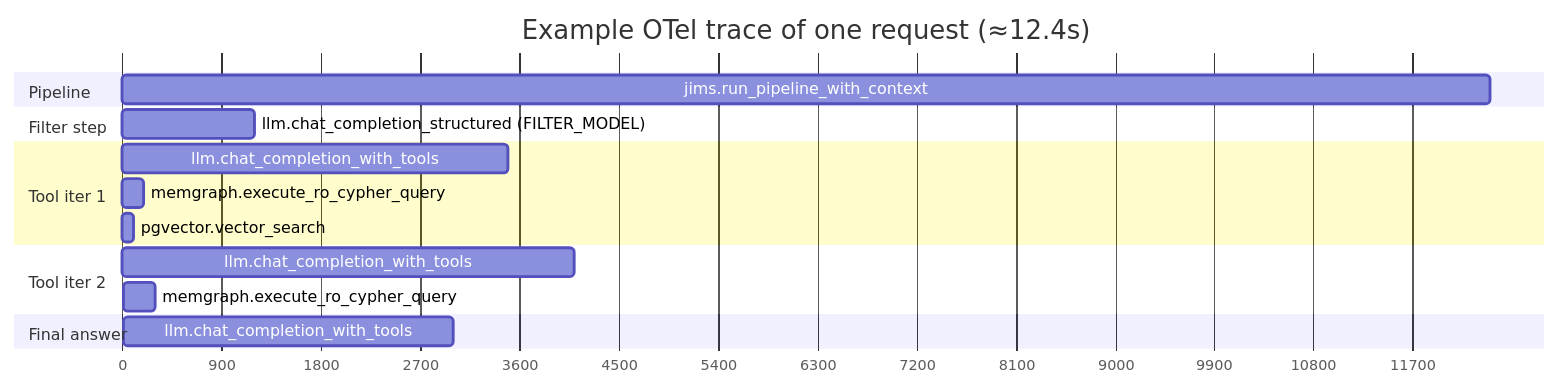
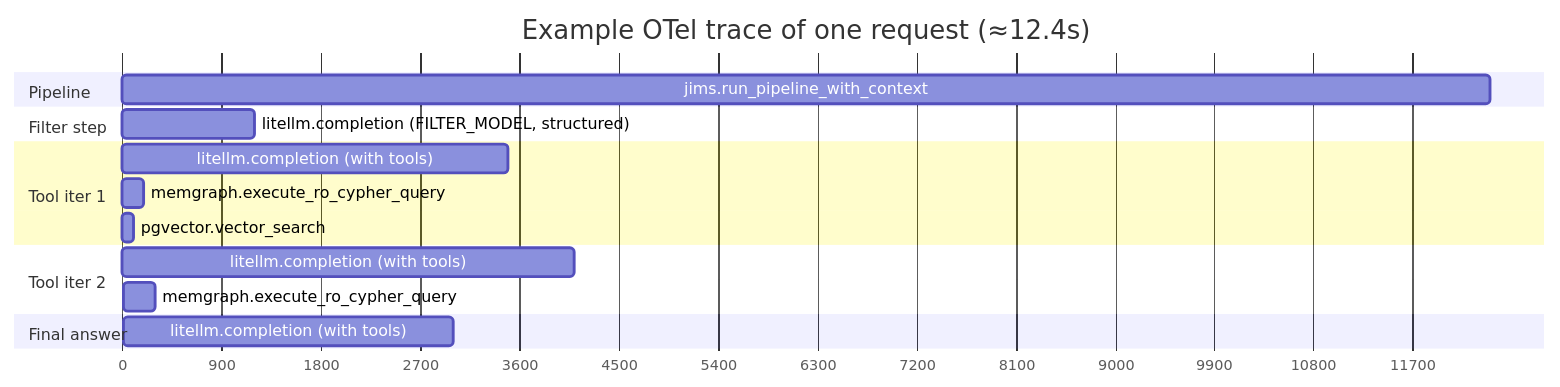
Before and after one commit to epoch8/vedana.tech: the diagram in src/content/docs/architecture/observability.md, drawn with Mermaid. The commit also changed other lines of this file and 36 other files, not shown here.

````diff
--- a/src/content/docs/architecture/observability.md
+++ b/src/content/docs/architecture/observability.md
@@ -26,24 +26,24 @@
 ```mermaid
 gantt
     title Example OTel trace of one request (≈12.4s)
     dateFormat X
     axisFormat %s
 
     section Pipeline
     jims.run_pipeline_with_context :a1, 0, 12400
 
     section Filter step
-    llm.chat_completion_structured (FILTER_MODEL) :a2, 100, 1200
+    litellm.completion (FILTER_MODEL, structured) :a2, 100, 1200
 
     section Tool iter 1
-    llm.chat_completion_with_tools :a3, 1300, 3500
+    litellm.completion (with tools) :a3, 1300, 3500
     memgraph.execute_ro_cypher_query :a4, 4500, 200
     pgvector.vector_search :a5, 4500, 100
 
     section Tool iter 2
-    llm.chat_completion_with_tools :a6, 5000, 4100
+    litellm.completion (with tools) :a6, 5000, 4100
     memgraph.execute_ro_cypher_query :a7, 8800, 300
 
     section Final answer
-    llm.chat_completion_with_tools :a8, 9300, 3000
+    litellm.completion (with tools) :a8, 9300, 3000
 ```
````
